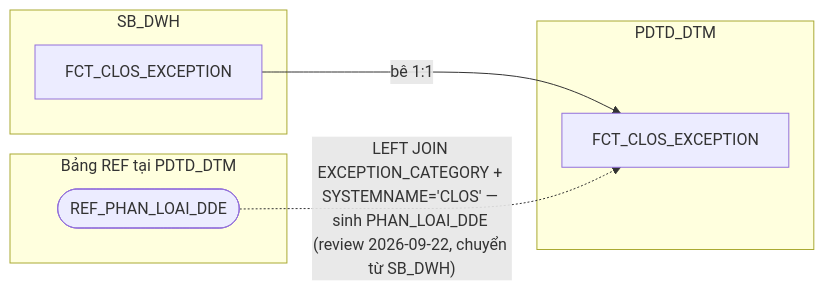
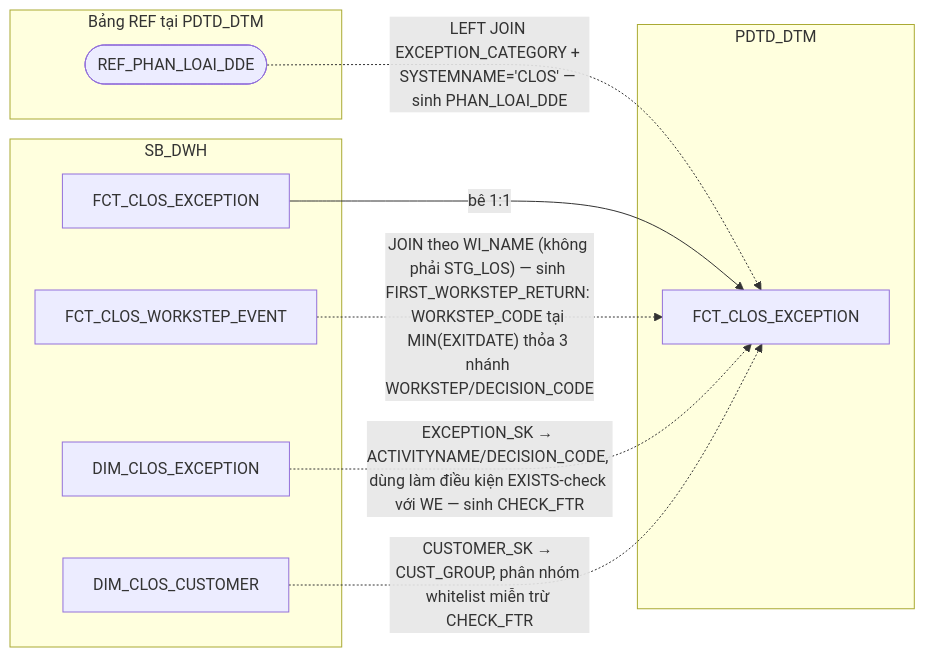
Before and after one commit to chien1198/sb-mapping-gen: the sixth of 19 diagrams in hld/hld_review/HLD_FCT_PDTD_DTM_review.md, drawn with Mermaid. The commit also changed other lines of this file and 183 other files, not shown here.

````diff
--- a/hld/hld_review/HLD_FCT_PDTD_DTM_review.md
+++ b/hld/hld_review/HLD_FCT_PDTD_DTM_review.md
@@ -349,14 +358,20 @@
 ```mermaid
 flowchart LR
     subgraph SB_DWH
         C["FCT_CLOS_EXCEPTION"]
+        WE["FCT_CLOS_WORKSTEP_EVENT"]
+        DE["DIM_CLOS_EXCEPTION"]
+        KC["DIM_CLOS_CUSTOMER"]
     end
     subgraph REF_DTM["Bảng REF tại PDTD_DTM"]
         REF(["REF_PHAN_LOAI_DDE"])
     end
     subgraph PDTD_DTM
         D["FCT_CLOS_EXCEPTION"]
     end
     C -->|bê 1:1| D
-    REF -.->|"LEFT JOIN EXCEPTION_CATEGORY + SYSTEMNAME='CLOS' — sinh PHAN_LOAI_DDE (review 2026-09-22, chuyển từ SB_DWH)"| D
+    REF -.->|"LEFT JOIN EXCEPTION_CATEGORY + SYSTEMNAME='CLOS' — sinh PHAN_LOAI_DDE"| D
+    WE -.->|"JOIN theo WI_NAME (không phải STG_LOS) — sinh FIRST_WORKSTEP_RETURN: WORKSTEP_CODE tại MIN(EXITDATE) thỏa 3 nhánh WORKSTEP/DECISION_CODE"| D
+    DE -.->|"EXCEPTION_SK → ACTIVITYNAME/DECISION_CODE, dùng làm điều kiện EXISTS-check với WE — sinh CHECK_FTR"| D
+    KC -.->|"CUSTOMER_SK → CUST_GROUP, phân nhóm whitelist miễn trừ CHECK_FTR"| D
 ```
````
